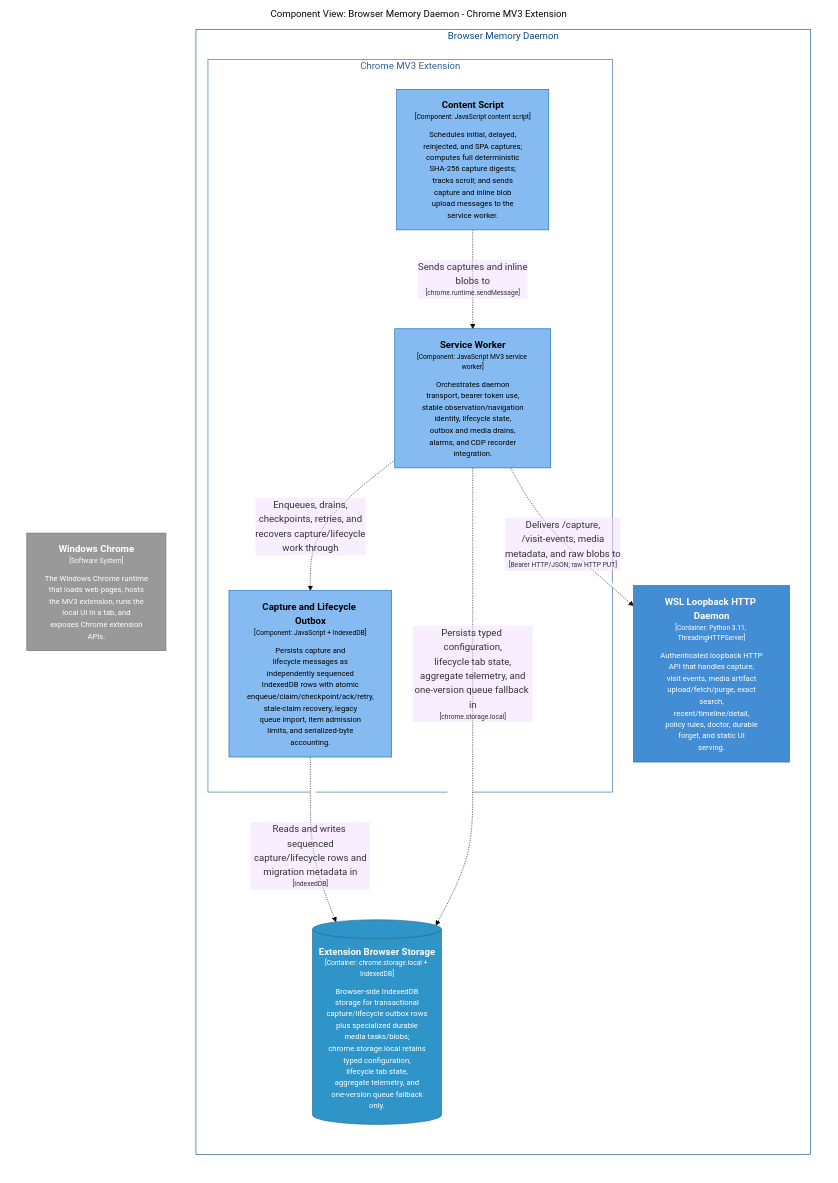
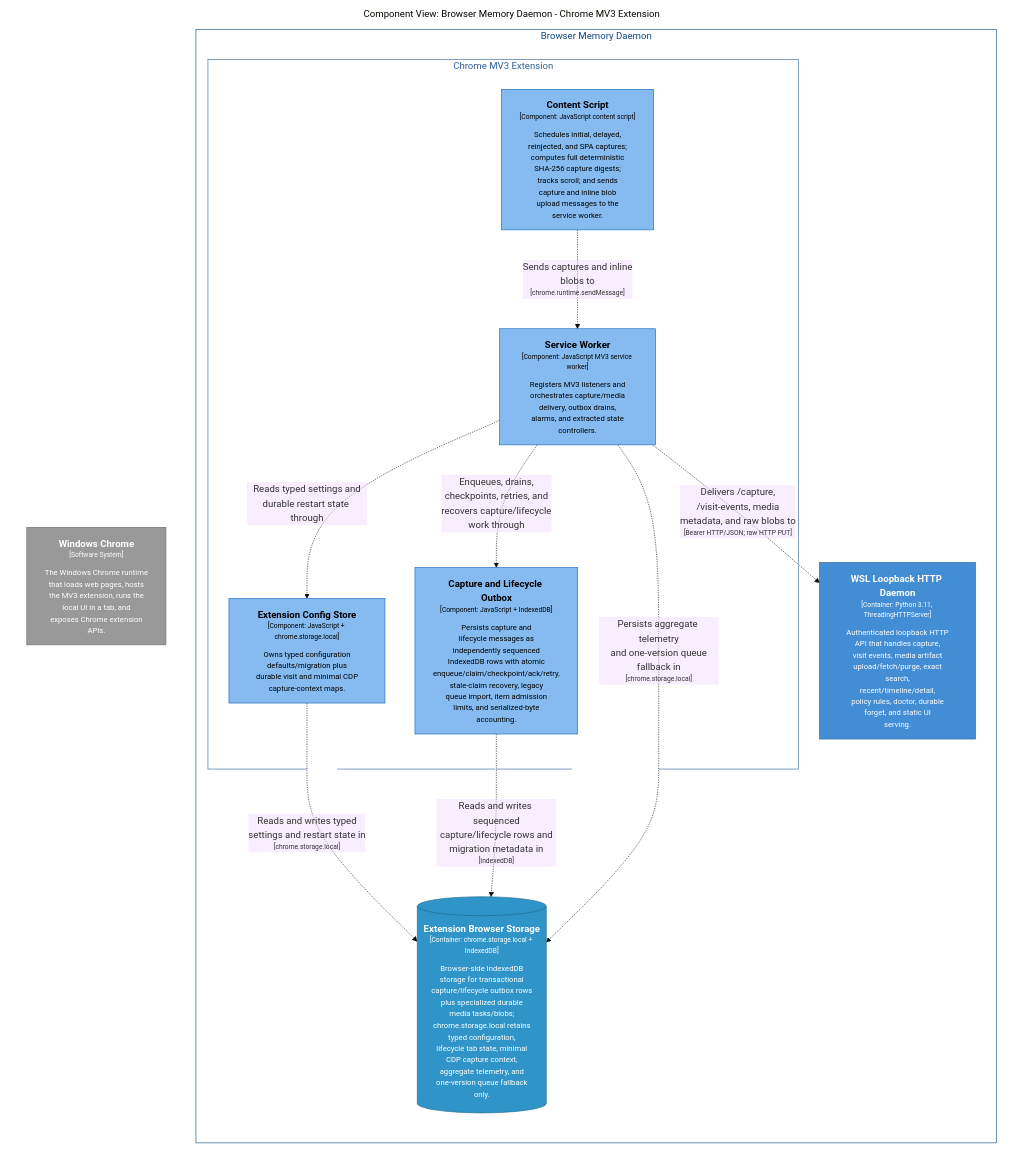
One commit to michaelnicks0/browser-memory-daemon changed the diagram in docs/architecture/diagrams/markdown/ExtensionOutboxComponents.md. Above: the diagram before and after it, drawn with Mermaid (base theme). The commit also changed 193 other files, not shown here.

Commit message:
refactor(extension): extract MV3 restart-state controllers

````diff
--- a/docs/architecture/diagrams/markdown/ExtensionOutboxComponents.md
+++ b/docs/architecture/diagrams/markdown/ExtensionOutboxComponents.md
@@ -16,38 +16,42 @@
 ```mermaid
 graph LR
   linkStyle default fill:#ffffff
 
   subgraph diagram ["Component View: Browser Memory Daemon - Chrome MV3 Extension"]
     style diagram fill:#ffffff,stroke:#ffffff
 
     2["<div style='font-weight: bold'>Windows Chrome</div><div style='font-size: 70%; margin-top: 0px'>[Software System]</div><div style='font-size: 80%; margin-top:10px'>The Windows Chrome runtime<br />that loads web pages, hosts<br />the MV3 extension, runs the<br />local UI in a tab, and<br />exposes Chrome extension<br />APIs.</div>"]
     style 2 fill:#999999,stroke:#6b6b6b,color:#ffffff
 
     subgraph 4 ["Browser Memory Daemon"]
       style 4 fill:#ffffff,stroke:#0b4884,color:#0b4884
 
       subgraph 5 ["Chrome MV3 Extension"]
         style 5 fill:#ffffff,stroke:#2e6295,color:#2e6295
 
-        10["<div style='font-weight: bold'>Capture and Lifecycle Outbox</div><div style='font-size: 70%; margin-top: 0px'>[Component: JavaScript + IndexedDB]</div><div style='font-size: 80%; margin-top:10px'>Persists capture and<br />lifecycle messages as<br />independently sequenced<br />IndexedDB rows with atomic<br />enqueue/claim/checkpoint/ack/retry,<br />stale-claim recovery, legacy<br />queue import, item admission<br />limits, and serialized-byte<br />accounting.</div>"]
+        10["<div style='font-weight: bold'>Extension Config Store</div><div style='font-size: 70%; margin-top: 0px'>[Component: JavaScript + chrome.storage.local]</div><div style='font-size: 80%; margin-top:10px'>Owns typed configuration<br />defaults/migration plus<br />durable visit and minimal CDP<br />capture-context maps.</div>"]
         style 10 fill:#85bbf0,stroke:#1168bd,color:#000000
+        13["<div style='font-weight: bold'>Capture and Lifecycle Outbox</div><div style='font-size: 70%; margin-top: 0px'>[Component: JavaScript + IndexedDB]</div><div style='font-size: 80%; margin-top:10px'>Persists capture and<br />lifecycle messages as<br />independently sequenced<br />IndexedDB rows with atomic<br />enqueue/claim/checkpoint/ack/retry,<br />stale-claim recovery, legacy<br />queue import, item admission<br />limits, and serialized-byte<br />accounting.</div>"]
+        style 13 fill:#85bbf0,stroke:#1168bd,color:#000000
         8["<div style='font-weight: bold'>Content Script</div><div style='font-size: 70%; margin-top: 0px'>[Component: JavaScript content script]</div><div style='font-size: 80%; margin-top:10px'>Schedules initial, delayed,<br />reinjected, and SPA captures;<br />computes full deterministic<br />SHA-256 capture digests;<br />tracks scroll; and sends<br />capture and inline blob<br />upload messages to the<br />service worker.</div>"]
         style 8 fill:#85bbf0,stroke:#1168bd,color:#000000
-        9["<div style='font-weight: bold'>Service Worker</div><div style='font-size: 70%; margin-top: 0px'>[Component: JavaScript MV3 service worker]</div><div style='font-size: 80%; margin-top:10px'>Orchestrates daemon<br />transport, bearer token use,<br />stable observation/navigation<br />identity, lifecycle state,<br />outbox and media drains,<br />alarms, and CDP recorder<br />integration.</div>"]
+        9["<div style='font-weight: bold'>Service Worker</div><div style='font-size: 70%; margin-top: 0px'>[Component: JavaScript MV3 service worker]</div><div style='font-size: 80%; margin-top:10px'>Registers MV3 listeners and<br />orchestrates capture/media<br />delivery, outbox drains,<br />alarms, and extracted state<br />controllers.</div>"]
         style 9 fill:#85bbf0,stroke:#1168bd,color:#000000
       end
 
-      14[("<div style='font-weight: bold'>Extension Browser Storage</div><div style='font-size: 70%; margin-top: 0px'>[Container: chrome.storage.local + IndexedDB]</div><div style='font-size: 80%; margin-top:10px'>Browser-side IndexedDB<br />storage for transactional<br />capture/lifecycle outbox rows<br />plus specialized durable<br />media tasks/blobs;<br />chrome.storage.local retains<br />typed configuration,<br />lifecycle tab state,<br />aggregate telemetry, and<br />one-version queue fallback<br />only.</div>")]
-      style 14 fill:#2f95c8,stroke:#20688c,color:#ffffff
-      15["<div style='font-weight: bold'>WSL Loopback HTTP Daemon</div><div style='font-size: 70%; margin-top: 0px'>[Container: Python 3.11, ThreadingHTTPServer]</div><div style='font-size: 80%; margin-top:10px'>Authenticated loopback HTTP<br />API that handles capture,<br />visit events, media artifact<br />upload/fetch/purge, exact<br />search,<br />recent/timeline/detail,<br />policy rules, doctor, durable<br />forget, and static UI<br />serving.</div>"]
-      style 15 fill:#438dd5,stroke:#2e6295,color:#ffffff
+      18[("<div style='font-weight: bold'>Extension Browser Storage</div><div style='font-size: 70%; margin-top: 0px'>[Container: chrome.storage.local + IndexedDB]</div><div style='font-size: 80%; margin-top:10px'>Browser-side IndexedDB<br />storage for transactional<br />capture/lifecycle outbox rows<br />plus specialized durable<br />media tasks/blobs;<br />chrome.storage.local retains<br />typed configuration,<br />lifecycle tab state, minimal<br />CDP capture context,<br />aggregate telemetry, and<br />one-version queue fallback<br />only.</div>")]
+      style 18 fill:#2f95c8,stroke:#20688c,color:#ffffff
+      19["<div style='font-weight: bold'>WSL Loopback HTTP Daemon</div><div style='font-size: 70%; margin-top: 0px'>[Container: Python 3.11, ThreadingHTTPServer]</div><div style='font-size: 80%; margin-top:10px'>Authenticated loopback HTTP<br />API that handles capture,<br />visit events, media artifact<br />upload/fetch/purge, exact<br />search,<br />recent/timeline/detail,<br />policy rules, doctor, durable<br />forget, and static UI<br />serving.</div>"]
+      style 19 fill:#438dd5,stroke:#2e6295,color:#ffffff
     end
 
     8-. "<div>Sends captures and inline<br />blobs to</div><div style='font-size: 70%'>[chrome.runtime.sendMessage]</div>" .->9
-    9-. "<div>Enqueues, drains,<br />checkpoints, retries, and<br />recovers capture/lifecycle<br />work through</div><div style='font-size: 70%'></div>" .->10
-    10-. "<div>Reads and writes sequenced<br />capture/lifecycle rows and<br />migration metadata in</div><div style='font-size: 70%'>[IndexedDB]</div>" .->14
-    9-. "<div>Persists typed configuration,<br />lifecycle tab state,<br />aggregate telemetry, and<br />one-version queue fallback in</div><div style='font-size: 70%'>[chrome.storage.local]</div>" .->14
-    9-. "<div>Delivers /capture,<br />/visit-events, media<br />metadata, and raw blobs to</div><div style='font-size: 70%'>[Bearer HTTP/JSON; raw HTTP PUT]</div>" .->15
+    9-. "<div>Reads typed settings and<br />durable restart state through</div><div style='font-size: 70%'></div>" .->10
+    10-. "<div>Reads and writes typed<br />settings and restart state in</div><div style='font-size: 70%'>[chrome.storage.local]</div>" .->18
+    9-. "<div>Enqueues, drains,<br />checkpoints, retries, and<br />recovers capture/lifecycle<br />work through</div><div style='font-size: 70%'></div>" .->13
+    13-. "<div>Reads and writes sequenced<br />capture/lifecycle rows and<br />migration metadata in</div><div style='font-size: 70%'>[IndexedDB]</div>" .->18
+    9-. "<div>Persists aggregate telemetry<br />and one-version queue<br />fallback in</div><div style='font-size: 70%'>[chrome.storage.local]</div>" .->18
+    9-. "<div>Delivers /capture,<br />/visit-events, media<br />metadata, and raw blobs to</div><div style='font-size: 70%'>[Bearer HTTP/JSON; raw HTTP PUT]</div>" .->19
 
   end
 ```
````
